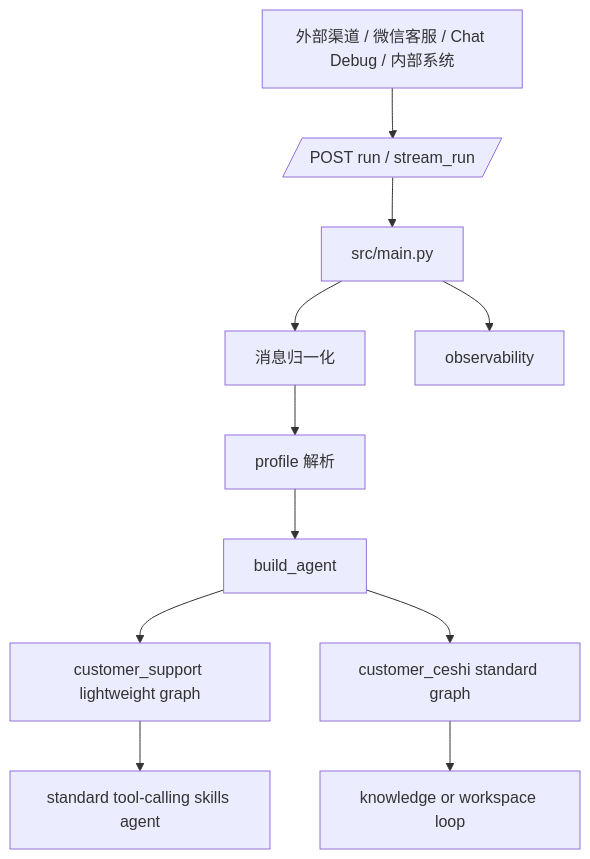
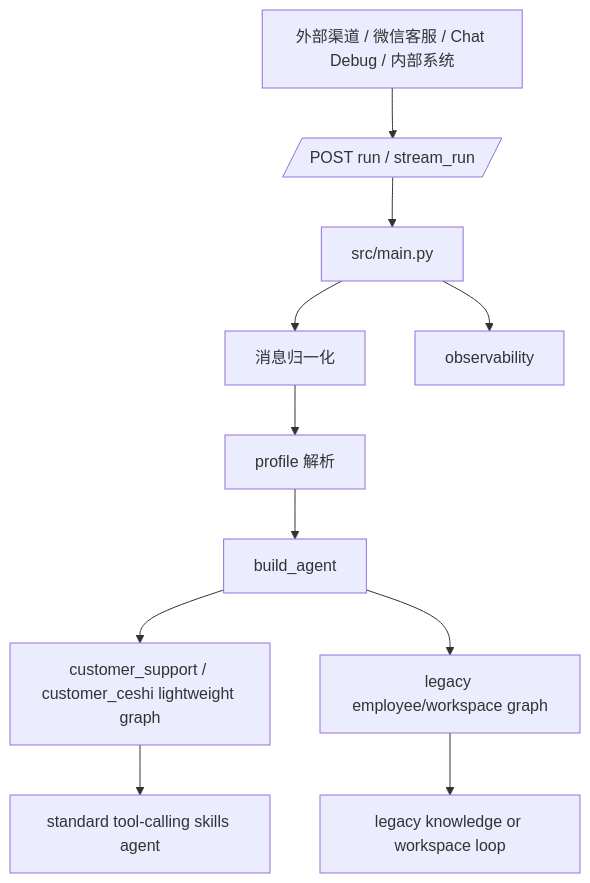
Before and after one commit to lr12338/hifleet-agent: the first of 3 diagrams in docs/AGENT_TECHNICAL_DOCUMENTATION.md, drawn with Mermaid. The commit also changed other lines of this file and 25 other files, not shown here.

Commit message:
Refine customer support ship update flow

````diff
--- a/docs/AGENT_TECHNICAL_DOCUMENTATION.md
+++ b/docs/AGENT_TECHNICAL_DOCUMENTATION.md
@@ -12,13 +12,13 @@
 ```mermaid
 flowchart TD
     Caller[外部渠道 / 微信客服 / Chat Debug / 内部系统] --> API[/POST run / stream_run/]
     API --> Main[src/main.py]
     Main --> Normalize[消息归一化]
     Normalize --> Profile[profile 解析]
     Profile --> Build[build_agent]
-    Build --> CS[customer_support lightweight graph]
-    Build --> EMP[customer_ceshi standard graph]
+    Build --> CS[customer_support / customer_ceshi lightweight graph]
+    Build --> EMP[legacy employee/workspace graph]
     CS --> Standard[standard tool-calling skills agent]
-    EMP --> EmployeeLoop[knowledge or workspace loop]
+    EMP --> EmployeeLoop[legacy knowledge or workspace loop]
     Main --> Obs[observability]
 ```
````
